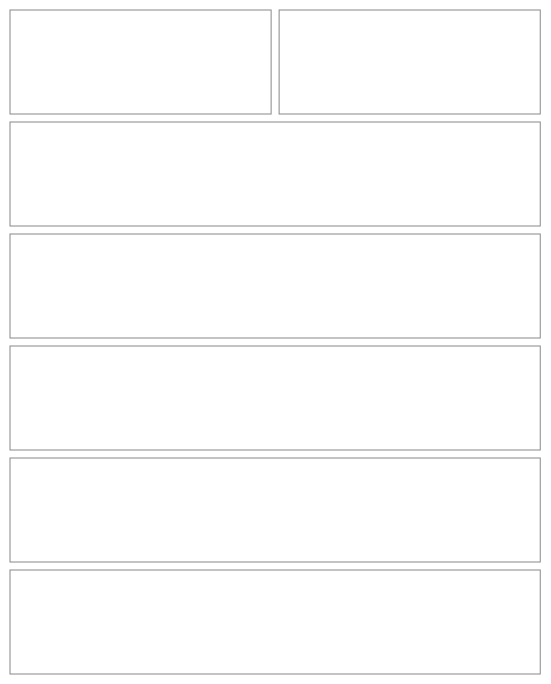
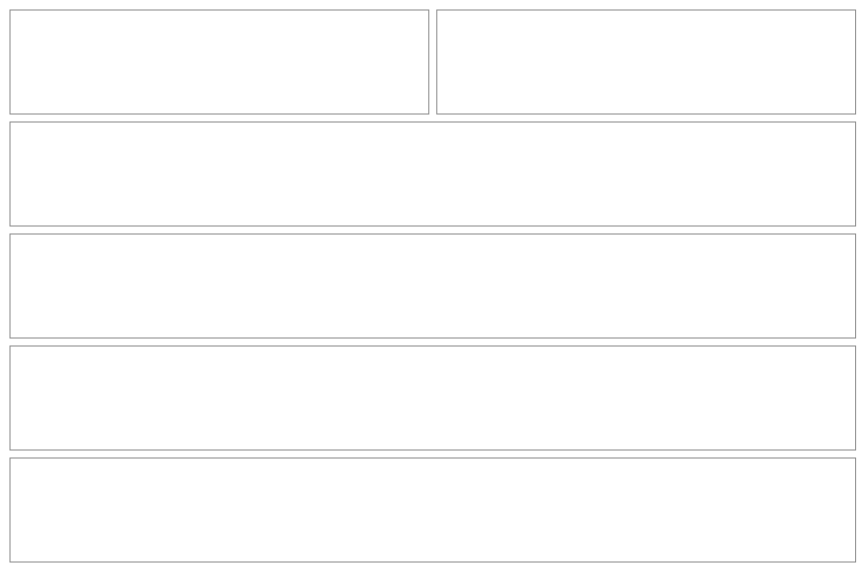
One commit to NovaMoonX/moondreams-dev-apps changed the tenth of 54 diagrams in src/apps/pinch/UX.md. Above: the diagram before and after it, drawn with Mermaid. The commit also changed other lines of this file and 163 other files, not shown here.

````diff
--- a/src/apps/pinch/UX.md
+++ b/src/apps/pinch/UX.md
@@ -405,19 +386,17 @@
 ```mermaid
 %%{init: {'theme': 'base', 'themeVariables': {'primaryColor': 'transparent', 'primaryBorderColor': '#888888', 'primaryTextColor': '#333333', 'lineColor': '#888888'}}}%%
 block-beta
   columns 2
   R1["Recipes"]:1
   R2["+ New"]:1
-  R3["[ Recipes ]   Meals   Ideas   👁 (when no recipe has a source)"]:2
-  R7["📖 Sources · 3 ›  (once a source exists)"]:2
-  R4["🔍 Search · filter · 👁 (from 8 recipes, or once a recipe has a source)"]:2
-  R5["🖼️ Adobo chicken<br/>4 servings · 45 min<br/>$3.20 / serving<br/>🔥 520 · 💪 38g (when on)"]:2
-  R6["🖼️ Cilantro lime rice<br/>4 servings · 25 min<br/>$1.35 / serving · leaves out 1"]:2
+  R3["[ Recipes ]   Saved meals   Ideas   👁 (pills only once there is more than Recipes)"]:2
+  R4["🔍 Search by name or ingredient · filter · 👁 (from 8 recipes, or once a source exists or something is put away)"]:2
+  R5["🖼️ Adobo chicken<br/>4 servings · 45 min<br/>$3.20 per serving<br/>🔥 520 · 💪 38g (when on)"]:2
+  R6["🖼️ Cilantro lime rice<br/>4 servings · 25 min<br/>$1.35+ per serving"]:2
   style R1 fill:transparent,stroke:#888888,stroke-width:1px;
   style R2 fill:transparent,stroke:#888888,stroke-width:1px;
   style R3 fill:transparent,stroke:#888888,stroke-width:1px;
-  style R7 fill:transparent,stroke:#888888,stroke-width:1px;
   style R4 fill:transparent,stroke:#888888,stroke-width:1px;
   style R5 fill:transparent,stroke:#888888,stroke-width:1px;
   style R6 fill:transparent,stroke:#888888,stroke-width:1px;
 ```
````
